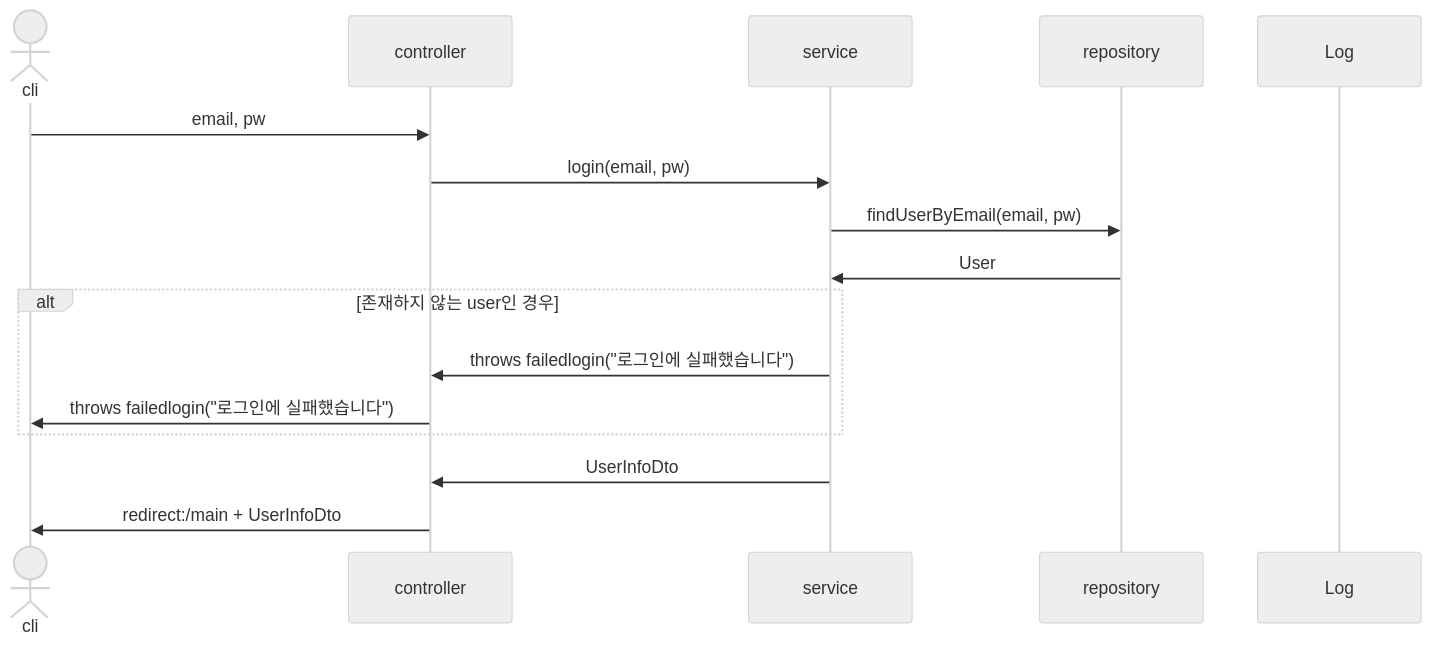
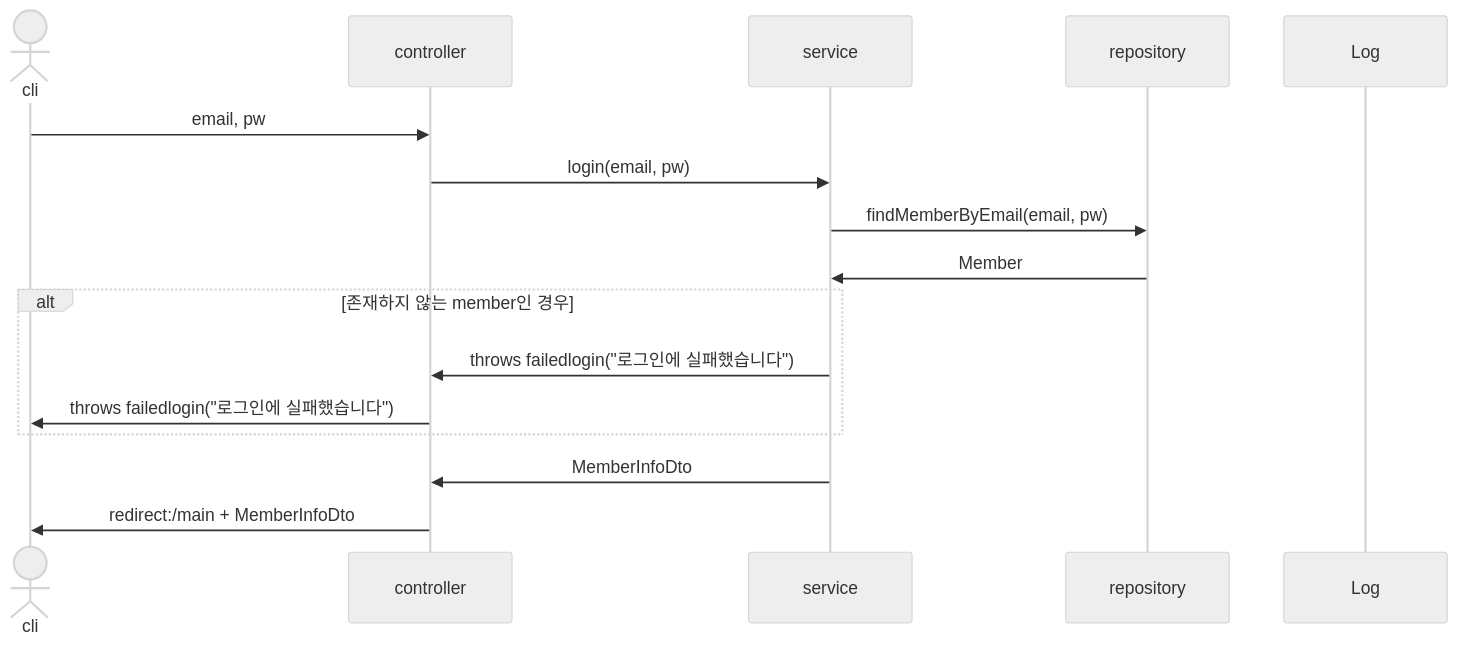
One commit to mtak0235/snsX changed the seventh of 28 diagrams in sequence.md. Above: the diagram before and after it, drawn with Mermaid (neutral theme). The commit also changed other lines of this file, not shown here.

Commit message:
update user -> member & savePost sequence diagram

````diff
--- a/sequence.md
+++ b/sequence.md
@@ -125,19 +125,19 @@
 ```mermaid
 sequenceDiagram
 actor cli
 participant c as controller
 participant s as service
 participant r as repository
 participant l as Log
 
 cli->>c: email, pw
 c->>s: login(email, pw)
-s->>r: findUserByEmail(email, pw)
-r->>s: User
-alt 존재하지 않는 user인 경우
+s->>r: findMemberByEmail(email, pw)
+r->>s: Member
+alt 존재하지 않는 member인 경우
 s->>c: throws failedlogin("로그인에 실패했습니다")
 c->>cli: throws failedlogin("로그인에 실패했습니다")
 end
-s->>c: UserInfoDto
-c->>cli: redirect:/main + UserInfoDto
+s->>c: MemberInfoDto
+c->>cli: redirect:/main + MemberInfoDto
 ```
````
